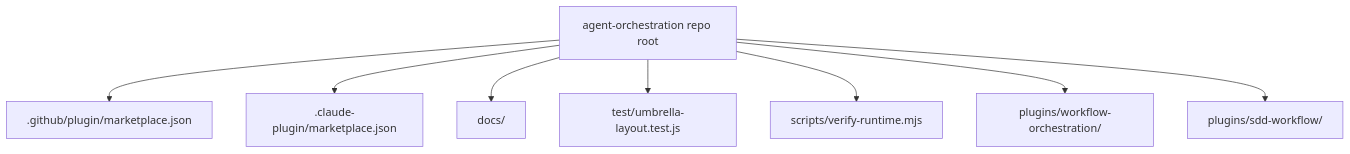
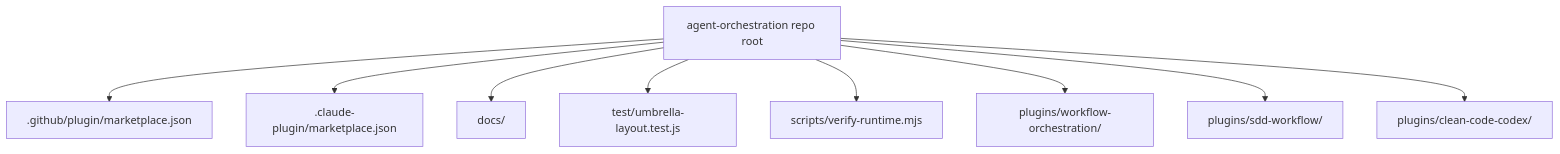
One commit to mikecubed/agent-orchestration changed the diagram in docs/marketplace-overview.md. Above: the diagram before and after it, drawn with Mermaid. The commit also changed other lines of this file and 71 other files, not shown here.

Commit message:
feat: add clean code codex plugin (#10)

````diff
--- a/docs/marketplace-overview.md
+++ b/docs/marketplace-overview.md
@@ -7,19 +7,21 @@
 ```mermaid
 flowchart TD
     ROOT[agent-orchestration repo root]
     GH[.github/plugin/marketplace.json]
     CC[.claude-plugin/marketplace.json]
     DOCS[docs/]
     TESTS[test/umbrella-layout.test.js]
     RUNTIME[scripts/verify-runtime.mjs]
     WO[plugins/workflow-orchestration/]
     SDD[plugins/sdd-workflow/]
+    CODEX[plugins/clean-code-codex/]
 
     ROOT --> GH
     ROOT --> CC
     ROOT --> DOCS
     ROOT --> TESTS
     ROOT --> RUNTIME
     ROOT --> WO
     ROOT --> SDD
+    ROOT --> CODEX
 ```
````
